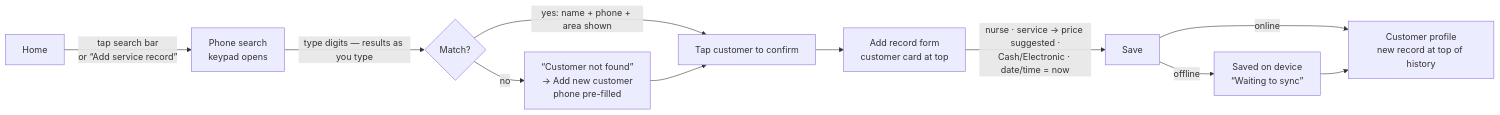
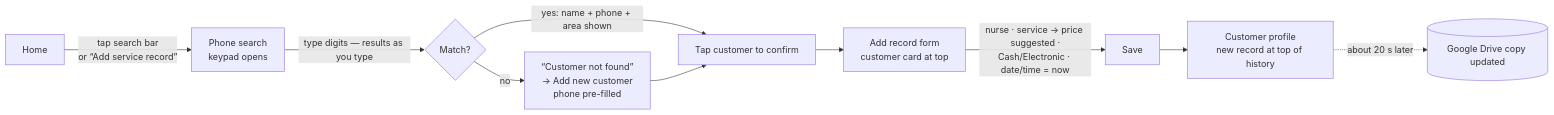
Before and after one commit to NourEkramy/Sanad-App: the diagram in docs/04-user-flows.md, drawn with Mermaid. The commit also changed other lines of this file and 120 other files, not shown here.

First line of the commit message:
Store data on the phone and back it up to Google Drive

````diff
--- a/docs/04-user-flows.md
+++ b/docs/04-user-flows.md
@@ -7,12 +7,12 @@
 ```mermaid
 flowchart LR
     A[Home] -->|tap search bar<br/>or “Add service record”| B[Phone search<br/>keypad opens]
     B -->|type digits — results as you type| C{Match?}
     C -->|yes: name + phone + area shown| D[Tap customer to confirm]
     C -->|no| N[“Customer not found”<br/>→ Add new customer<br/>phone pre-filled]
     N --> D
     D --> E[Add record form<br/>customer card at top]
     E -->|nurse · service → price suggested ·<br/>Cash/Electronic · date/time = now| F[Save]
-    F -->|online| G[Customer profile<br/>new record at top of history]
-    F -->|offline| H[Saved on device<br/>“Waiting to sync”] --> G
+    F --> G[Customer profile<br/>new record at top of history]
+    G -.->|about 20 s later| H[(Google Drive copy updated)]
 ```
````
